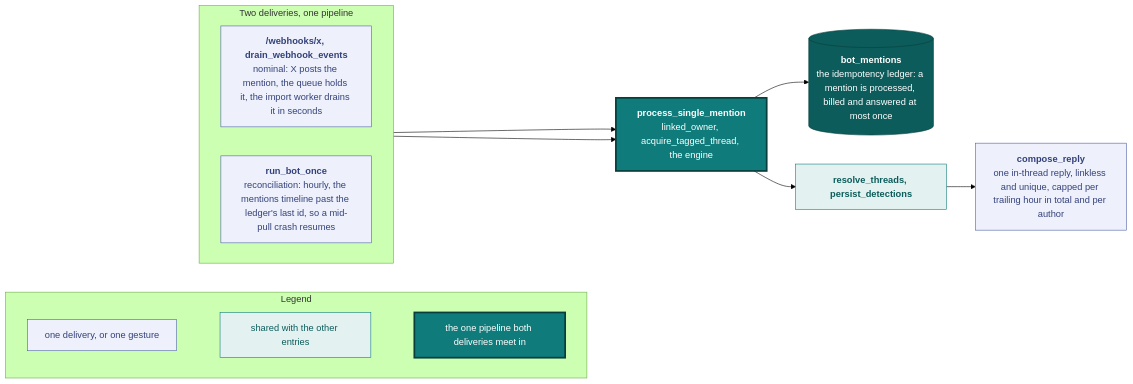
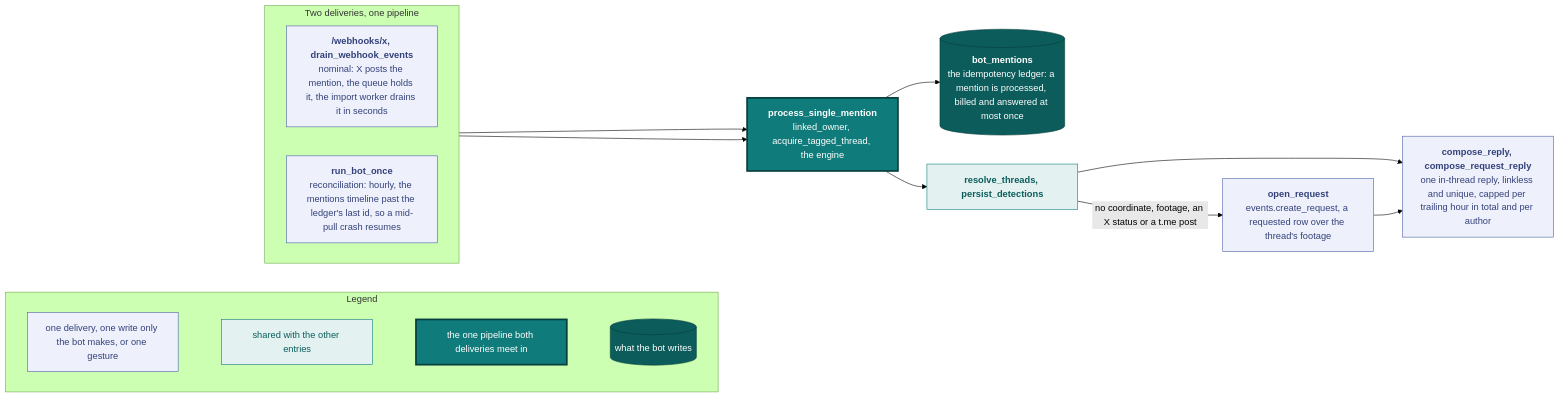
The fourth of 6 diagrams in docs/ingestion.md (vidithq/vidit), drawn with Mermaid (forest theme) before and after one commit. The commit also changed other lines of this file and 31 other files, not shown here.

````diff
--- a/docs/ingestion.md
+++ b/docs/ingestion.md
@@ -292,36 +298,40 @@
 ```mermaid
 flowchart LR
   classDef spec fill:#eef1fb,stroke:#4a5fa5,color:#33417a
   classDef shared fill:#e3f2f1,stroke:#0f7b7a,color:#0b5c5b
   classDef core fill:#0f7b7a,stroke:#083f3e,stroke-width:3px,color:#ffffff
   classDef store fill:#0b5c5b,stroke:#083f3e,color:#ffffff
 
   subgraph legend [Legend]
     direction LR
-    l1["`one delivery, or one gesture`"]:::spec
+    l1["`one delivery, one write only the bot makes, or one gesture`"]:::spec
     l2["`shared with the other entries`"]:::shared
     l3["`the one pipeline both deliveries meet in`"]:::core
-    l1 ~~~ l2 ~~~ l3
+    l4[("`what the bot writes`")]:::store
+    l1 ~~~ l2 ~~~ l3 ~~~ l4
   end
 
   subgraph deliveries [Two deliveries, one pipeline]
     direction LR
     wh["`**/webhooks/x, drain_webhook_events**
     nominal: X posts the mention, the queue holds it, the import worker drains it in seconds`"]:::spec
     poll["`**run_bot_once**
     reconciliation: hourly, the mentions timeline past the ledger's last id, so a mid-pull crash resumes`"]:::spec
   end
 
   one["`**process_single_mention**
   linked_owner, acquire_tagged_thread, the engine`"]:::core
   ledger[("`**bot_mentions**
   the idempotency ledger: a mention is processed, billed and answered at most once`")]:::store
   engine["`**resolve_threads, persist_detections**`"]:::shared
-  reply["`**compose_reply**
+  request["`**open_request**
+  events.create_request, a requested row over the thread's footage`"]:::spec
+  reply["`**compose_reply, compose_request_reply**
   one in-thread reply, linkless and unique, capped per trailing hour in total and per author`"]:::spec
 
   wh --> one
   poll --> one
   one --> ledger
   one --> engine --> reply
+  engine -- "no coordinate, footage, an X status or a t.me post" --> request --> reply
 ```
````
